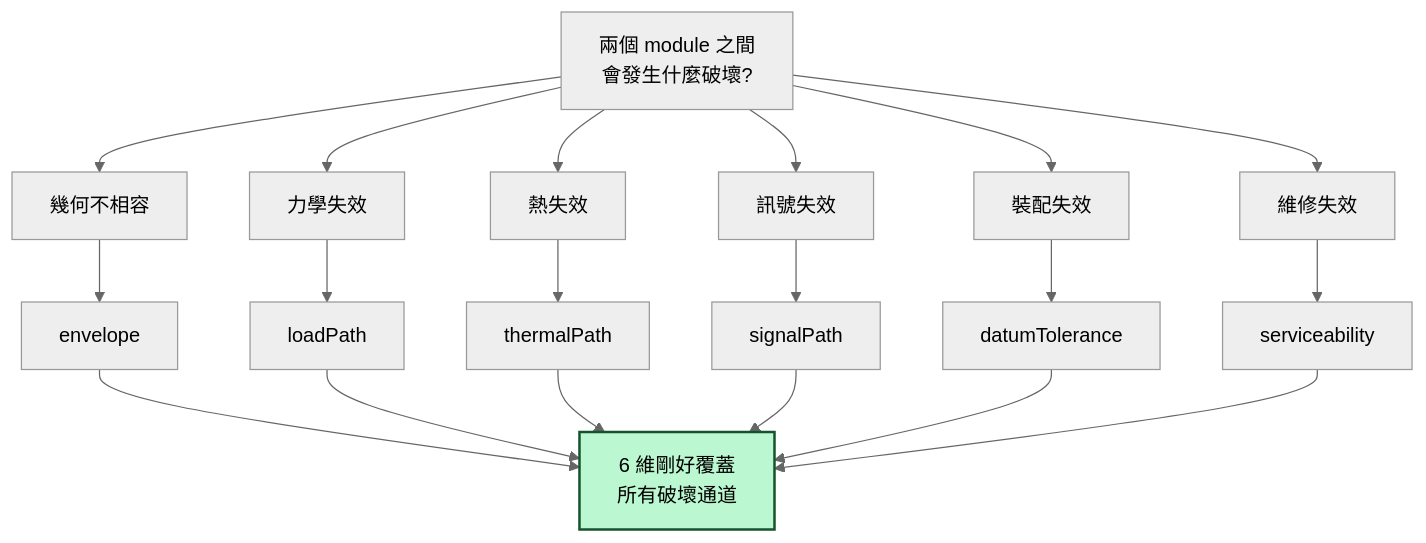
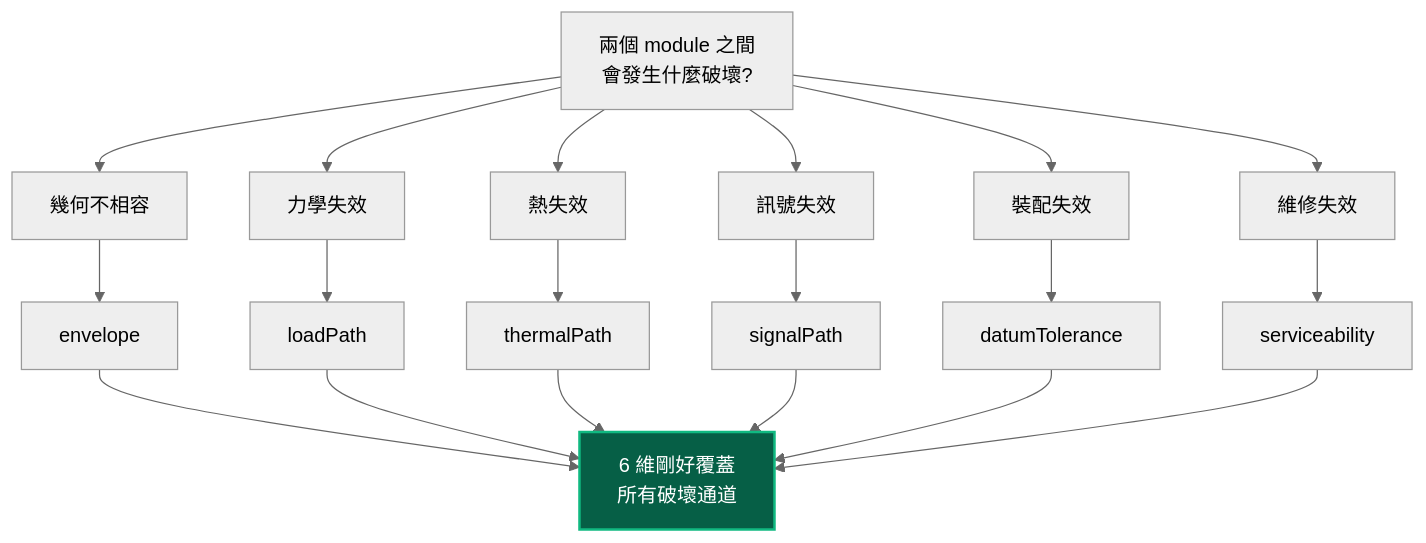
The tenth of 26 diagrams in docs/01-define/diagrams/appendix-a--forward-subsystem-discovery.md (Zenobia0000/RD_copilot_system), drawn with Mermaid before and after one commit. The commit also changed other lines of this file and 10 other files, not shown here.

First line of the commit message:
docs(diagrams): Gate 審計修復 + diagrams 缺失補齊 + Mermaid 暗色配色

````diff
--- a/docs/01-define/diagrams/appendix-a--forward-subsystem-discovery.md
+++ b/docs/01-define/diagrams/appendix-a--forward-subsystem-discovery.md
@@ -612,28 +612,28 @@
 ```mermaid
 %%{init: {'theme': 'neutral'}}%%
 graph TB
     Q[兩個 module 之間<br/>會發生什麼破壞?]
 
     Q --> P1[幾何不相容]
     Q --> P2[力學失效]
     Q --> P3[熱失效]
     Q --> P4[訊號失效]
     Q --> P5[裝配失效]
     Q --> P6[維修失效]
 
     P1 --> D1[envelope]
     P2 --> D2[loadPath]
     P3 --> D3[thermalPath]
     P4 --> D4[signalPath]
     P5 --> D5[datumTolerance]
     P6 --> D6[serviceability]
 
     D1 --> C[6 維剛好覆蓋<br/>所有破壞通道]
     D2 --> C
     D3 --> C
     D4 --> C
     D5 --> C
     D6 --> C
 
-    style C fill:#bbf7d0,stroke:#14532d,stroke-width:2px,color:#000
+    style C fill:#065F46,color:#fff,stroke:#10B981,stroke-width:2px
 ```
````
